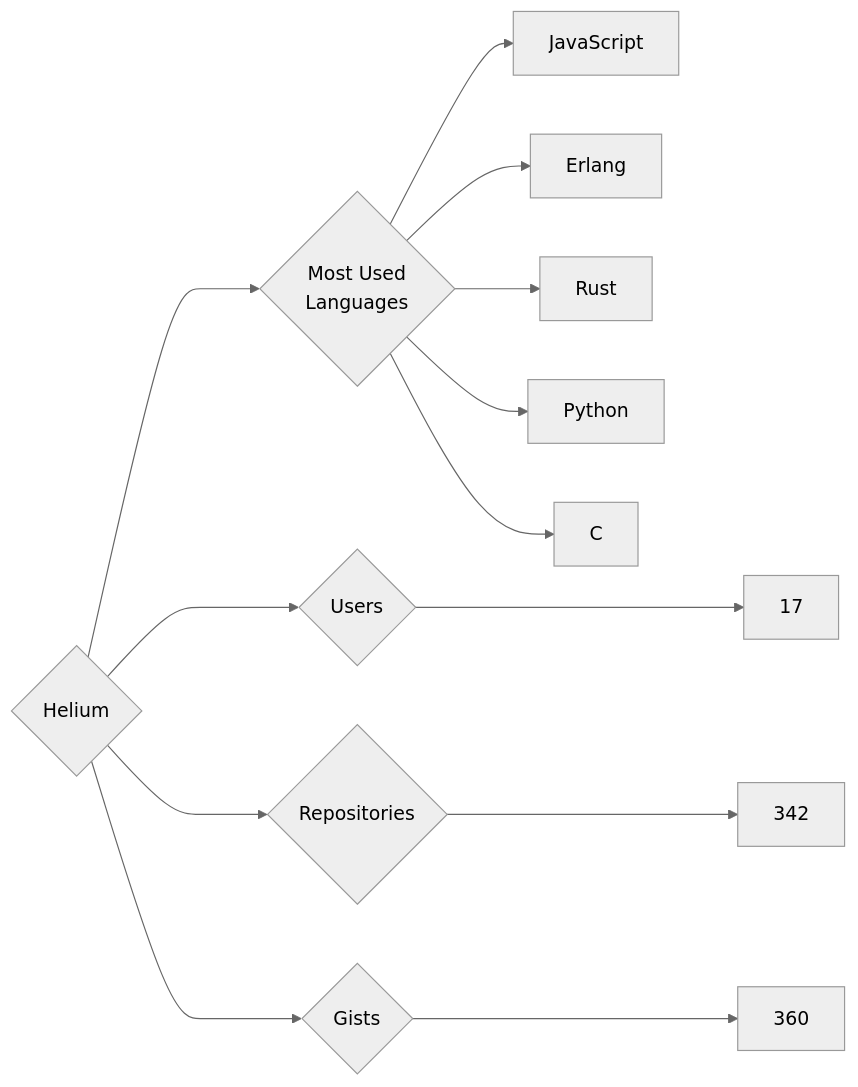
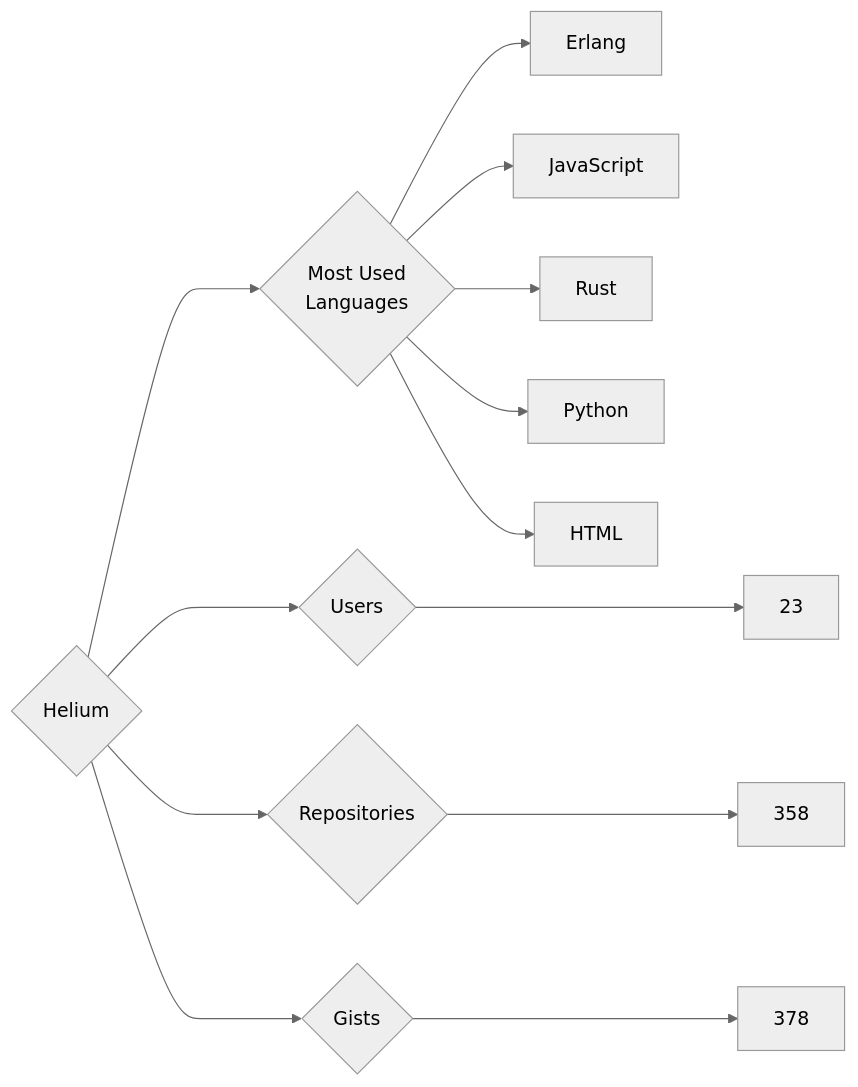
The diagram in targets/Helium/README.md (trickest/insiders), drawn with Mermaid (neutral theme) before and after one commit. The commit also changed 594 other files, not shown here.

````diff
--- a/targets/Helium/README.md
+++ b/targets/Helium/README.md
@@ -3,13 +3,13 @@
 ```mermaid
 graph LR
 COMPANY_NAME{Helium}
-COMPANY_NAME ---> U{Users} ---> UN[17]
-COMPANY_NAME ---> R{Repositories} ---> RN[342]
-COMPANY_NAME ---> G{Gists} ---> GN[360]
+COMPANY_NAME ---> U{Users} ---> UN[23]
+COMPANY_NAME ---> R{Repositories} ---> RN[358]
+COMPANY_NAME ---> G{Gists} ---> GN[378]
 COMPANY_NAME ---> ML{Most Used<br>Languages}
+ML --> Erlang[Erlang]
 ML --> JavaScript[JavaScript]
-ML --> Erlang[Erlang]
 ML --> Rust[Rust]
 ML --> Python[Python]
-ML --> C[C]
+ML --> HTML[HTML]
 ```
````
